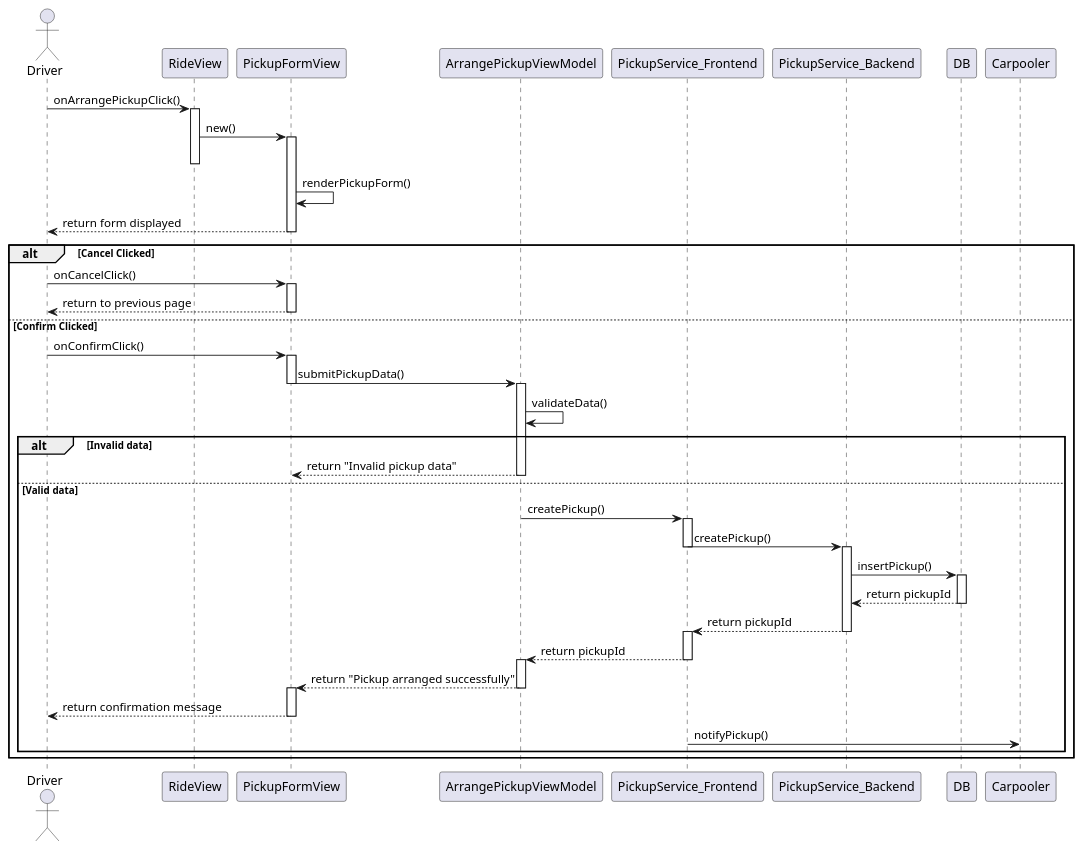
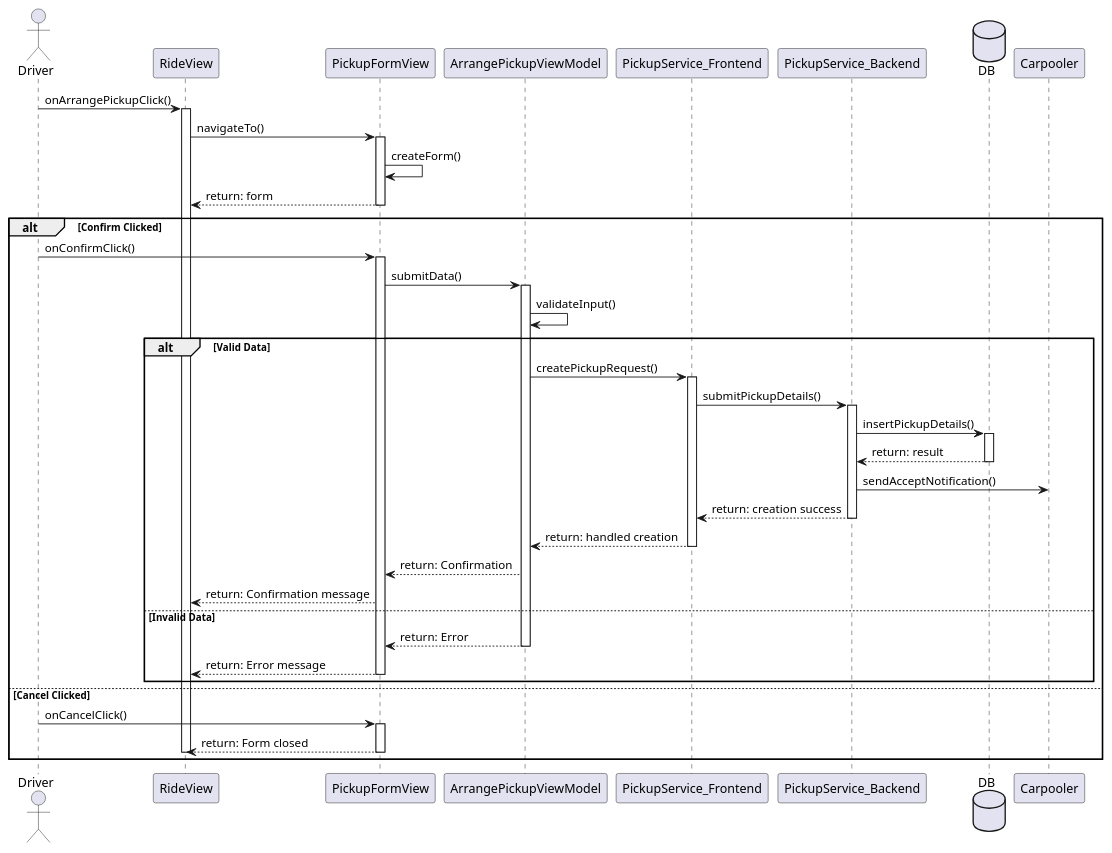
One commit to YannisRavasopoulos/ProjectSD_S6 changed the diagram in reports/sequence/arrange-pickup.plantuml. Above: the diagram before and after it, drawn with PlantUML. The commit also changed 3 other files, not shown here.

Commit message:
Updated versions of Accept and Confirm pickup, Rate user and redeem reward sequence

```diff
--- a/reports/sequence/arrange-pickup.plantuml
+++ b/reports/sequence/arrange-pickup.plantuml
@@ -1,75 +1,79 @@
 @startuml
 actor Driver
 
 participant RideView
 participant PickupFormView
 participant ArrangePickupViewModel
 participant PickupService_Frontend
 participant PickupService_Backend
-participant DB
+database DB
 participant Carpooler
 
-Driver -> RideView                  : onArrangePickupClick()
+Driver -> RideView: onArrangePickupClick()
 activate RideView
-RideView -> PickupFormView          : new()
+RideView -> PickupFormView: navigateTo()
 activate PickupFormView
-deactivate RideView
 
 
-PickupFormView -> PickupFormView    : renderPickupForm()
-PickupFormView --> Driver           : return form displayed
+PickupFormView -> PickupFormView: createForm()
+
+
+PickupFormView --> RideView: return: form
 deactivate PickupFormView
 
-alt Cancel Clicked
-    Driver -> PickupFormView        : onCancelClick()
+
+
+alt Confirm Clicked
+    Driver -> PickupFormView: onConfirmClick()
     activate PickupFormView
-    PickupFormView --> Driver       : return to previous page
-    deactivate PickupFormView
-
-else Confirm Clicked
-    Driver -> PickupFormView        : onConfirmClick()
-    activate PickupFormView
-    PickupFormView -> ArrangePickupViewModel : submitPickupData()
-    deactivate PickupFormView
+    PickupFormView -> ArrangePickupViewModel: submitData()
+    
 
     activate ArrangePickupViewModel
-    ArrangePickupViewModel -> ArrangePickupViewModel   : validateData()
+    ArrangePickupViewModel -> ArrangePickupViewModel: validateInput()
+    
+    alt Valid Data
+        ArrangePickupViewModel -> PickupService_Frontend: createPickupRequest()
+        activate PickupService_Frontend
+        
+        PickupService_Frontend -> PickupService_Backend: submitPickupDetails()
+        activate PickupService_Backend
+        
+        PickupService_Backend -> DB: insertPickupDetails()
+        activate DB
+        DB --> PickupService_Backend: return: result
+        deactivate DB
+        
+        PickupService_Backend -> Carpooler: sendAcceptNotification()
+        PickupService_Backend --> PickupService_Frontend: return: creation success
+        deactivate PickupService_Backend
+        
+        PickupService_Frontend --> ArrangePickupViewModel: return: handled creation
+        deactivate PickupService_Frontend
+        
+        ArrangePickupViewModel --> PickupFormView: return: Confirmation
+       
+        PickupFormView --> RideView: return: Confirmation message
+        
 
-    alt Invalid data
-        ArrangePickupViewModel --> PickupFormView      : return "Invalid pickup data"
+    else Invalid Data
+        ArrangePickupViewModel --> PickupFormView: return: Error
         deactivate ArrangePickupViewModel
+     
+        PickupFormView --> RideView: return: Error message
+        deactivate PickupFormView
+    end
 
-    else Valid data
-        ArrangePickupViewModel -> PickupService_Frontend : createPickup()
-        deactivate ArrangePickupViewModel
+else Cancel Clicked
+    Driver -> PickupFormView: onCancelClick()
+    activate PickupFormView
+    
+    PickupFormView --> RideView: return: Form closed
+    deactivate PickupFormView
+   
+    deactivate RideView
+    
+end
 
-        activate PickupService_Frontend
-        PickupService_Frontend -> PickupService_Backend : createPickup()
-        deactivate PickupService_Frontend
-
-        activate PickupService_Backend
-        PickupService_Backend -> DB                     : insertPickup()
-        activate DB
-        DB --> PickupService_Backend                    : return pickupId
-        deactivate DB
-        PickupService_Backend --> PickupService_Frontend : return pickupId
-        deactivate PickupService_Backend
-
-        activate PickupService_Frontend
-        PickupService_Frontend --> ArrangePickupViewModel : return pickupId
-        deactivate PickupService_Frontend
-
-        activate ArrangePickupViewModel
-        ArrangePickupViewModel --> PickupFormView         : return "Pickup arranged successfully"
-        deactivate ArrangePickupViewModel
-
-        activate PickupFormView
-        PickupFormView --> Driver                        : return confirmation message
-        deactivate PickupFormView
-
-        'basic
-        ' Notify carpooler of new pickup
-        PickupService_Frontend -> Carpooler            : notifyPickup()
-    end
-end
+deactivate ArrangePickupViewModel
 @enduml
```
